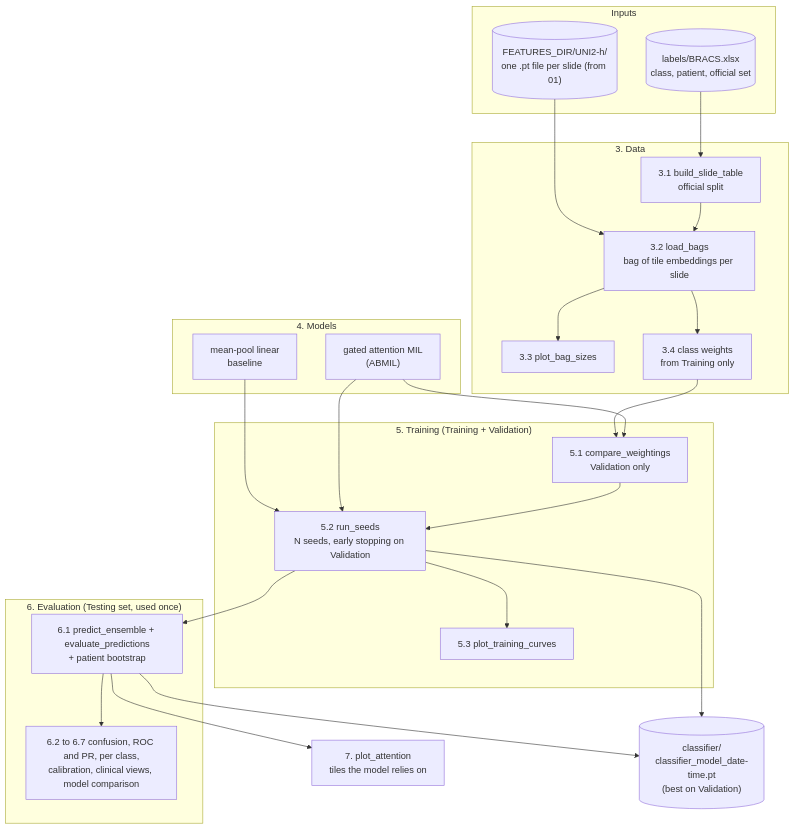
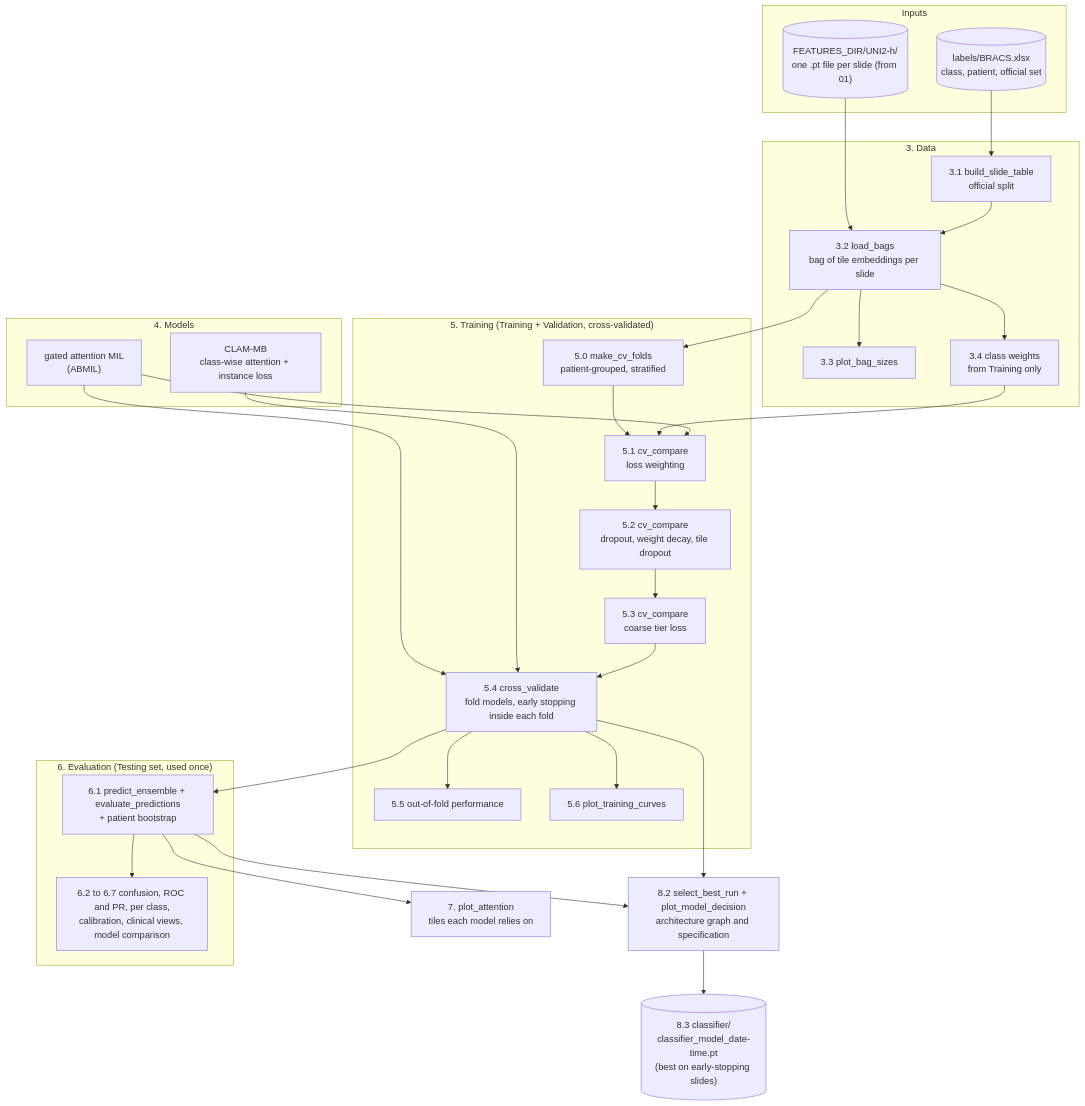
Before and after one commit to guisazevedo/phd_streamembed: the third of 3 diagrams in README.md, drawn with Mermaid. The commit also changed other lines of this file and 53 other files, not shown here.

````diff
--- a/README.md
+++ b/README.md
@@ -243,50 +245,61 @@
 ```mermaid
 flowchart TD
     subgraph IN["Inputs"]
         FEAT[("FEATURES_DIR/UNI2-h/<br/>one .pt file per slide (from 01)")]
         LAB[("labels/BRACS.xlsx<br/>class, patient, official set")]
     end
 
     subgraph S3["3. Data"]
         D1["3.1 build_slide_table<br/>official split"]
         D2["3.2 load_bags<br/>bag of tile embeddings per slide"]
         D3["3.3 plot_bag_sizes"]
         D4["3.4 class weights<br/>from Training only"]
     end
 
     subgraph S4["4. Models"]
-        M1["mean-pool linear<br/>baseline"]
-        M2["gated attention MIL<br/>(ABMIL)"]
+        M1["gated attention MIL<br/>(ABMIL)"]
+        M2["CLAM-MB<br/>class-wise attention + instance loss"]
     end
 
-    subgraph S5["5. Training (Training + Validation)"]
-        T1["5.1 compare_weightings<br/>Validation only"]
-        T2["5.2 run_seeds<br/>N seeds, early stopping on Validation"]
-        T3["5.3 plot_training_curves"]
+    subgraph S5["5. Training (Training + Validation, cross-validated)"]
+        F0["5.0 make_cv_folds<br/>patient-grouped, stratified"]
+        T1["5.1 cv_compare<br/>loss weighting"]
+        T1b["5.2 cv_compare<br/>dropout, weight decay, tile dropout"]
+        T1c["5.3 cv_compare<br/>coarse tier loss"]
+        T2["5.4 cross_validate<br/>fold models, early stopping inside each fold"]
+        T2b["5.5 out-of-fold performance"]
+        T3["5.6 plot_training_curves"]
     end
 
     subgraph S6["6. Evaluation (Testing set, used once)"]
         E1["6.1 predict_ensemble + evaluate_predictions<br/>+ patient bootstrap"]
         E2["6.2 to 6.7 confusion, ROC and PR, per class,<br/>calibration, clinical views, model comparison"]
     end
 
-    A["7. plot_attention<br/>tiles the model relies on"]
-    OUT[("classifier/<br/>classifier_model_date-time.pt<br/>(best on Validation)")]
+    A["7. plot_attention<br/>tiles each model relies on"]
+    DEC["8.2 select_best_run + plot_model_decision<br/>architecture graph and specification"]
+    OUT[("8.3 classifier/<br/>classifier_model_date-time.pt<br/>(best on early-stopping slides)")]
 
     FEAT --> D2
     LAB --> D1
     D1 --> D2
     D2 --> D3
     D2 --> D4
+    D2 --> F0
+    F0 --> T1
     D4 --> T1
+    M1 --> T1
     M1 --> T2
-    M2 --> T1
     M2 --> T2
-    T1 --> T2
+    T1 --> T1b
+    T1b --> T1c
+    T1c --> T2
+    T2 --> T2b
     T2 --> T3
     T2 --> E1
     E1 --> E2
     E1 --> A
-    E1 --> OUT
-    T2 --> OUT
+    E1 --> DEC
+    T2 --> DEC
+    DEC --> OUT
 ```
````
